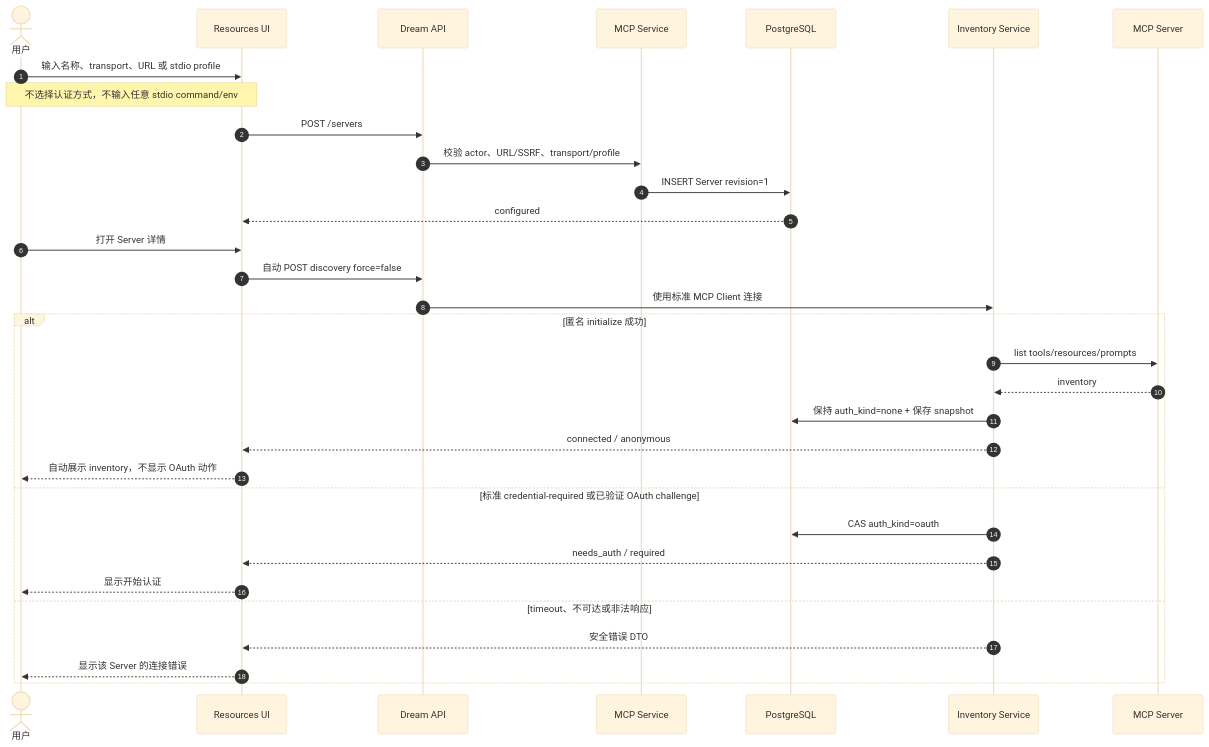
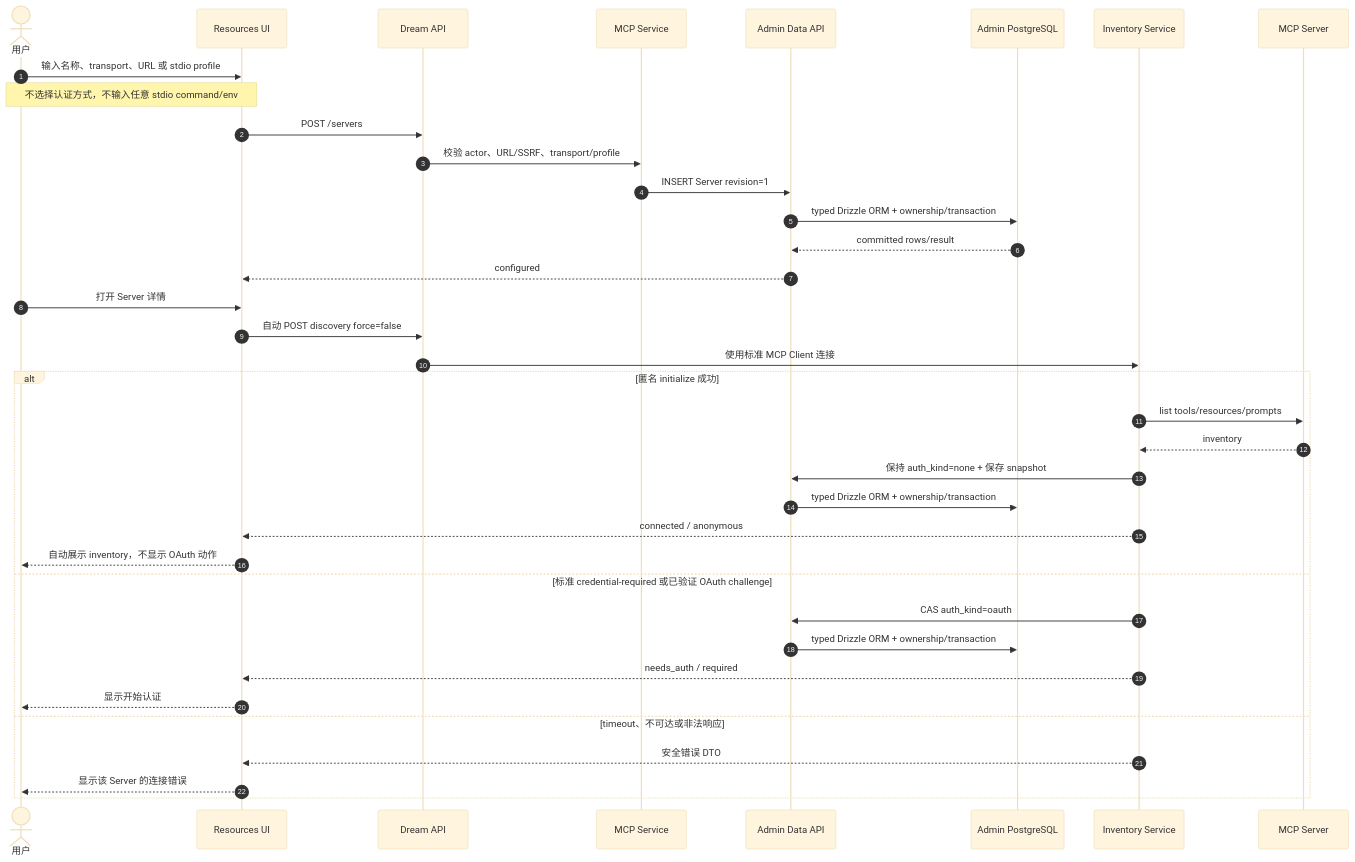
The fourth of 10 diagrams in docs/design/claude-agent/dream-managed-mcp-business-sequences.md (glide-the/im-dream), drawn with Mermaid (base theme) before and after one commit. The commit also changed other lines of this file and 30 other files, not shown here.

```diff
--- a/docs/design/claude-agent/dream-managed-mcp-business-sequences.md
+++ b/docs/design/claude-agent/dream-managed-mcp-business-sequences.md
@@ -151,35 +164,40 @@
 ~~~mermaid
 sequenceDiagram
     autonumber
     actor U as 用户
     participant UI as Resources UI
     participant API as Dream API
     participant S as MCP Service
-    participant DB as PostgreSQL
+    participant Admin as Admin Data API
+    participant DB as Admin PostgreSQL
     participant D as Inventory Service
     participant M as MCP Server
 
     U->>UI: 输入名称、transport、URL 或 stdio profile
     Note over U,UI: 不选择认证方式，不输入任意 stdio command/env
     UI->>API: POST /servers
     API->>S: 校验 actor、URL/SSRF、transport/profile
-    S->>DB: INSERT Server revision=1
-    DB-->>UI: configured
+    S->>Admin: INSERT Server revision=1
+    Admin->>DB: typed Drizzle ORM + ownership/transaction
+    DB-->>Admin: committed rows/result
+    Admin-->>UI: configured
     U->>UI: 打开 Server 详情
     UI->>API: 自动 POST discovery force=false
     API->>D: 使用标准 MCP Client 连接
     alt 匿名 initialize 成功
         D->>M: list tools/resources/prompts
         M-->>D: inventory
-        D->>DB: 保持 auth_kind=none + 保存 snapshot
+        D->>Admin: 保持 auth_kind=none + 保存 snapshot
+        Admin->>DB: typed Drizzle ORM + ownership/transaction
         D-->>UI: connected / anonymous
         UI-->>U: 自动展示 inventory，不显示 OAuth 动作
     else 标准 credential-required 或已验证 OAuth challenge
-        D->>DB: CAS auth_kind=oauth
+        D->>Admin: CAS auth_kind=oauth
+        Admin->>DB: typed Drizzle ORM + ownership/transaction
         D-->>UI: needs_auth / required
         UI-->>U: 显示开始认证
     else timeout、不可达或非法响应
         D-->>UI: 安全错误 DTO
         UI-->>U: 显示该 Server 的连接错误
     end
 ~~~
```
